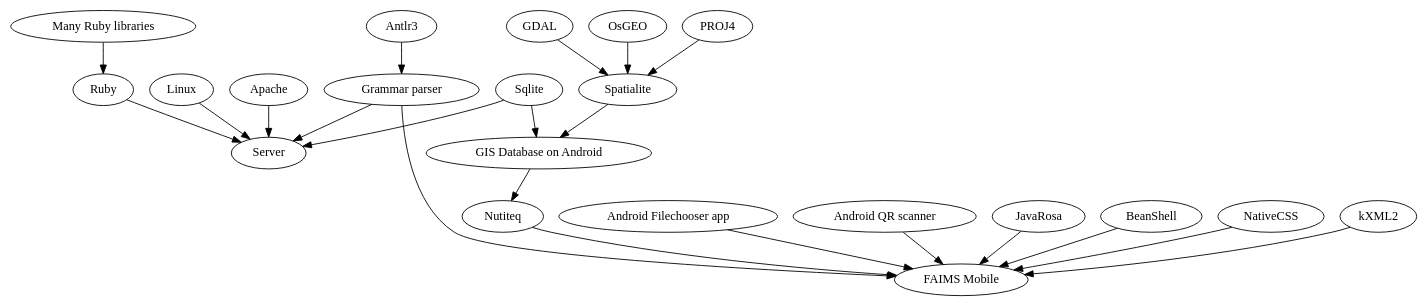
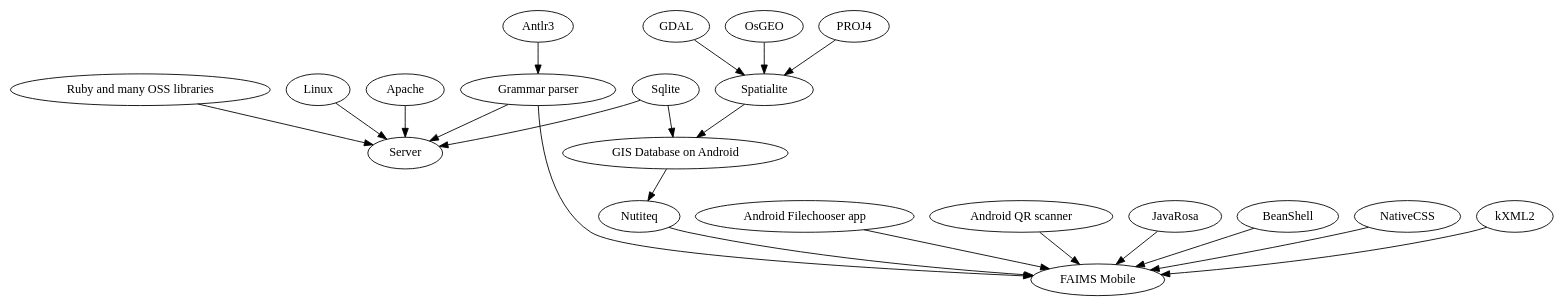
One commit to FAIMS/OpenDataSympathetic-Presentation changed the diagram in test.gv. Above: the diagram before and after it, drawn with Graphviz. The commit also changed 4 other files, not shown here.

Commit message:
graphviz

```diff
--- a/test.gv
+++ b/test.gv
@@ -1,37 +1,36 @@
 digraph g {
 
 GIS [label="GIS Database on Android"];
 Grammar [label="Grammar parser"];
 Mobile [label="FAIMS Mobile"];
 filechooser [label="Android Filechooser app"];
 qr [label="Android QR scanner"];
-many [label="Many Ruby libraries"];
+Ruby [label="Ruby and many OSS libraries"];
 
 GDAL -> Spatialite;
 OsGEO -> Spatialite;
 PROJ4 -> Spatialite;
 
 Spatialite -> GIS;
 Sqlite -> GIS ;
-many -> Ruby;
 Antlr3 -> Grammar;
 Linux -> Server;
 Apache -> Server;
 Ruby -> Server;
 Sqlite -> Server;
 
 GIS -> Nutiteq;
 Nutiteq -> Mobile;
 Grammar -> Server;
 Grammar -> Mobile;
 
 JavaRosa -> Mobile;
 BeanShell -> Mobile;
 NativeCSS -> Mobile;
 kXML2 -> Mobile;
 filechooser -> Mobile;
 qr -> Mobile;
 
 
 
 }
```
